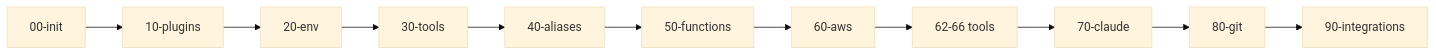
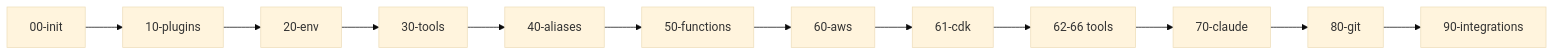
The fifth of 13 diagrams in docs/architecture.md (blackwell-systems/blackdot), drawn with Mermaid (base theme) before and after one commit. The commit also changed other lines of this file and 4 other files, not shown here.

````diff
--- a/docs/architecture.md
+++ b/docs/architecture.md
@@ -429,13 +430,14 @@
 ```mermaid
 flowchart LR
     A[00-init] --> B[10-plugins]
     B --> C[20-env]
     C --> D[30-tools]
     D --> E[40-aliases]
     E --> F[50-functions]
     F --> G[60-aws]
-    G --> H[62‑66 tools]
+    G --> GA[61-cdk]
+    GA --> H[62‑66 tools]
     H --> I[70-claude]
     I --> J[80-git]
     J --> K[90-integrations]
 ```
````
